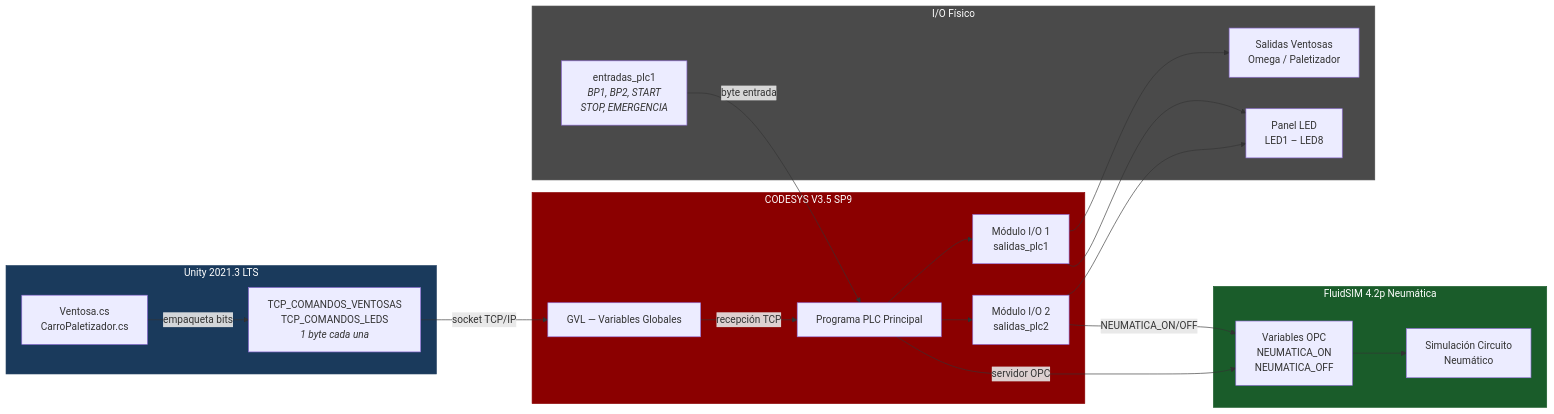
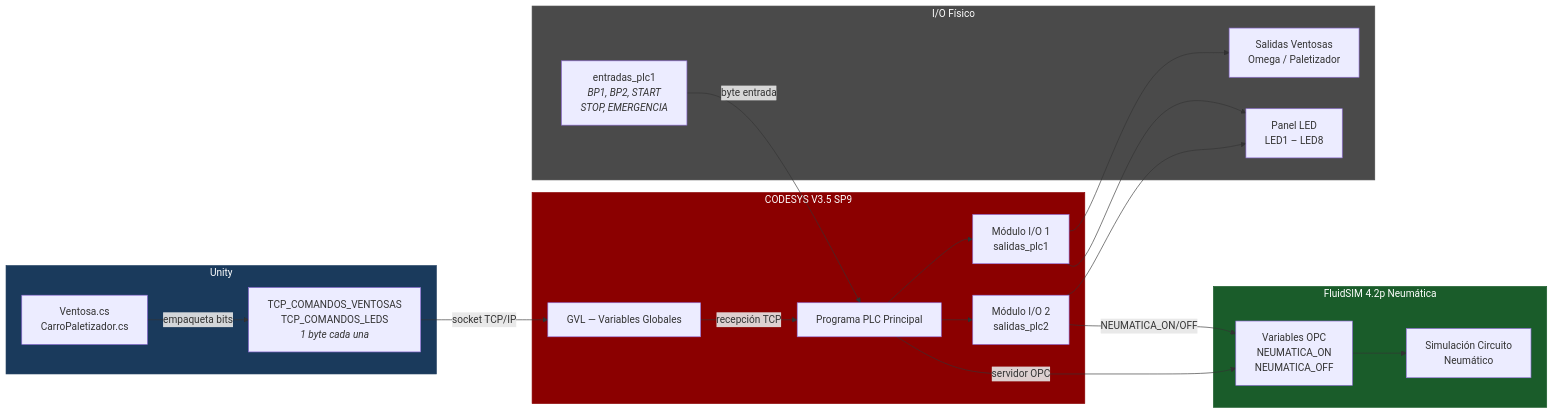
The seventh of 12 diagrams in README.md (jorgefajardom-coder/drone-packaging-simulation-unity), drawn with Mermaid before and after one commit. The commit also changed other lines of this file, not shown here.

First line of the commit message:
docs: rehace diagramas y elimina versión Unity redundante

````diff
--- a/README.md
+++ b/README.md
@@ -1398,43 +1392,43 @@
 ```mermaid
 graph LR
-    subgraph UNITY["Unity 2021.3 LTS"]
+    subgraph UNITY["Unity"]
         U1[Ventosa.cs<br/>CarroPaletizador.cs]
         U2[TCP_COMANDOS_VENTOSAS<br/>TCP_COMANDOS_LEDS<br/><i>1 byte cada una</i>]
         U1 -->|empaqueta bits| U2
     end
 
     subgraph CODESYS["CODESYS V3.5 SP9"]
         C1[GVL — Variables Globales]
         C2[Programa PLC Principal]
         C3[Módulo I/O 1<br/>salidas_plc1]
         C4[Módulo I/O 2<br/>salidas_plc2]
         C1 -->|recepción TCP| C2
         C2 --> C3
         C2 --> C4
     end
 
     subgraph FLUIDSIM["FluidSIM 4.2p Neumática"]
         F1[Variables OPC<br/>NEUMATICA_ON<br/>NEUMATICA_OFF]
         F2[Simulación Circuito<br/>Neumático]
         F1 --> F2
     end
 
     subgraph HW["I/O Físico"]
         H1[entradas_plc1<br/><i>BP1, BP2, START<br/>STOP, EMERGENCIA</i>]
         H2[Salidas Ventosas<br/>Omega / Paletizador]
         H3[Panel LED<br/>LED1 – LED8]
     end
 
     U2 -->|socket TCP/IP| C1
     C2 -->|servidor OPC| F1
     H1 -->|byte entrada| C2
     C3 --> H2
     C3 --> H3
     C4 --> H3
     C4 -->|NEUMATICA_ON/OFF| F1
 
     style UNITY fill:#1a3a5c,color:#fff,stroke:#1a3a5c
     style CODESYS fill:#8b0000,color:#fff,stroke:#8b0000
     style FLUIDSIM fill:#1a5c2a,color:#fff,stroke:#1a5c2a
     style HW fill:#4a4a4a,color:#fff,stroke:#4a4a4a
 ```
````
